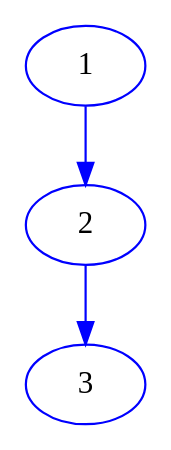
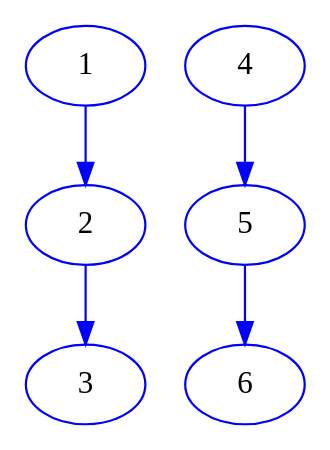
One commit to xinguohua/AFLNetStatusNeu changed the diagram in out-live555/ippsm.dot. Above: the diagram before and after it, drawn with Graphviz. The commit also changed 8 other files, not shown here.

```diff
--- a/out-live555/ippsm.dot
+++ b/out-live555/ippsm.dot
@@ -1,11 +1,18 @@
 digraph "path-g" {
 	node [color=black];
 	edge [color=black];
 	1	[color=blue];
 	2	[color=blue];
 	1 -> 2	[key=new_edge,
 		color=blue];
 	3	[color=blue];
 	2 -> 3	[key=new_edge,
 		color=blue];
+	4	[color=blue];
+	5	[color=blue];
+	4 -> 5	[key=new_edge,
+		color=blue];
+	6	[color=blue];
+	5 -> 6	[key=new_edge,
+		color=blue];
 }
```
